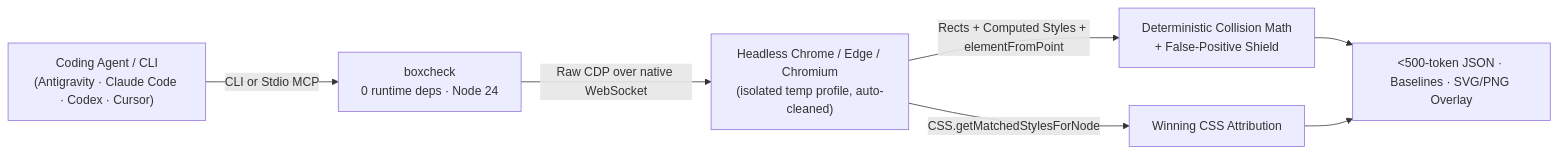
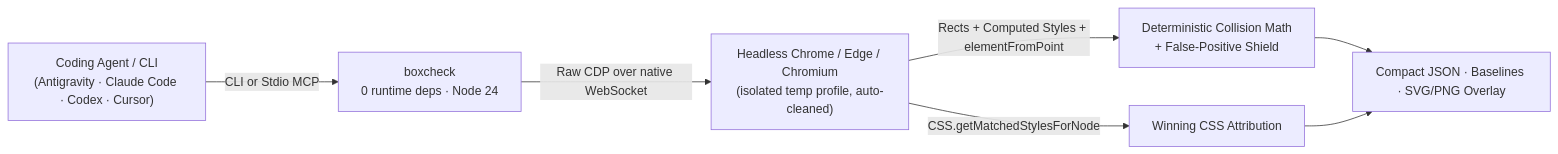
Before and after one commit to flipcyde101/boxcheck: the diagram in README.md, drawn with Mermaid. The commit also changed other lines of this file and 18 other files, not shown here.

````diff
--- a/README.md
+++ b/README.md
@@ -88,9 +88,9 @@
 ```mermaid
 flowchart LR
     Agent["Coding Agent / CLI\n(Antigravity · Claude Code · Codex · Cursor)"] -->|"CLI or Stdio MCP"| Core["boxcheck\n0 runtime deps · Node 24"]
     Core -->|"Raw CDP over native WebSocket"| Chrome["Headless Chrome / Edge / Chromium\n(isolated temp profile, auto-cleaned)"]
     Chrome -->|"Rects + Computed Styles + elementFromPoint"| Detector["Deterministic Collision Math\n+ False-Positive Shield"]
     Chrome -->|"CSS.getMatchedStylesForNode"| Cascade["Winning CSS Attribution"]
-    Detector --> Output["<500-token JSON · Baselines · SVG/PNG Overlay"]
+    Detector --> Output["Compact JSON · Baselines · SVG/PNG Overlay"]
     Cascade --> Output
 ```
````
